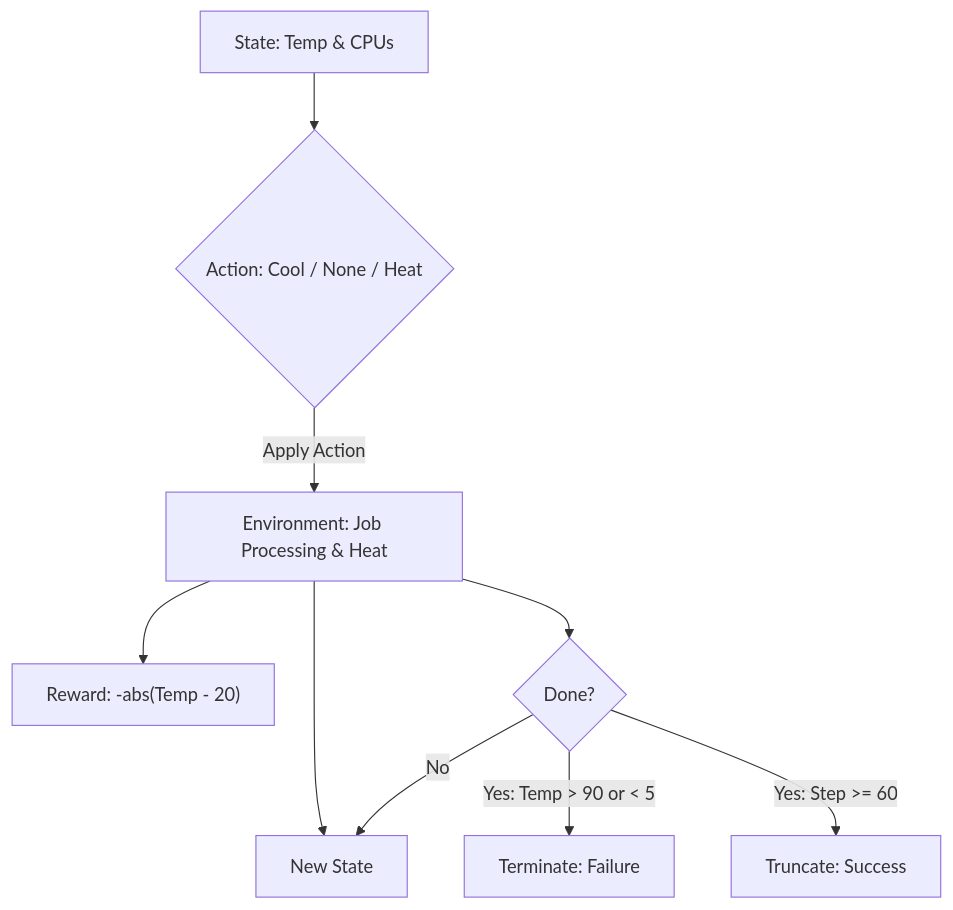
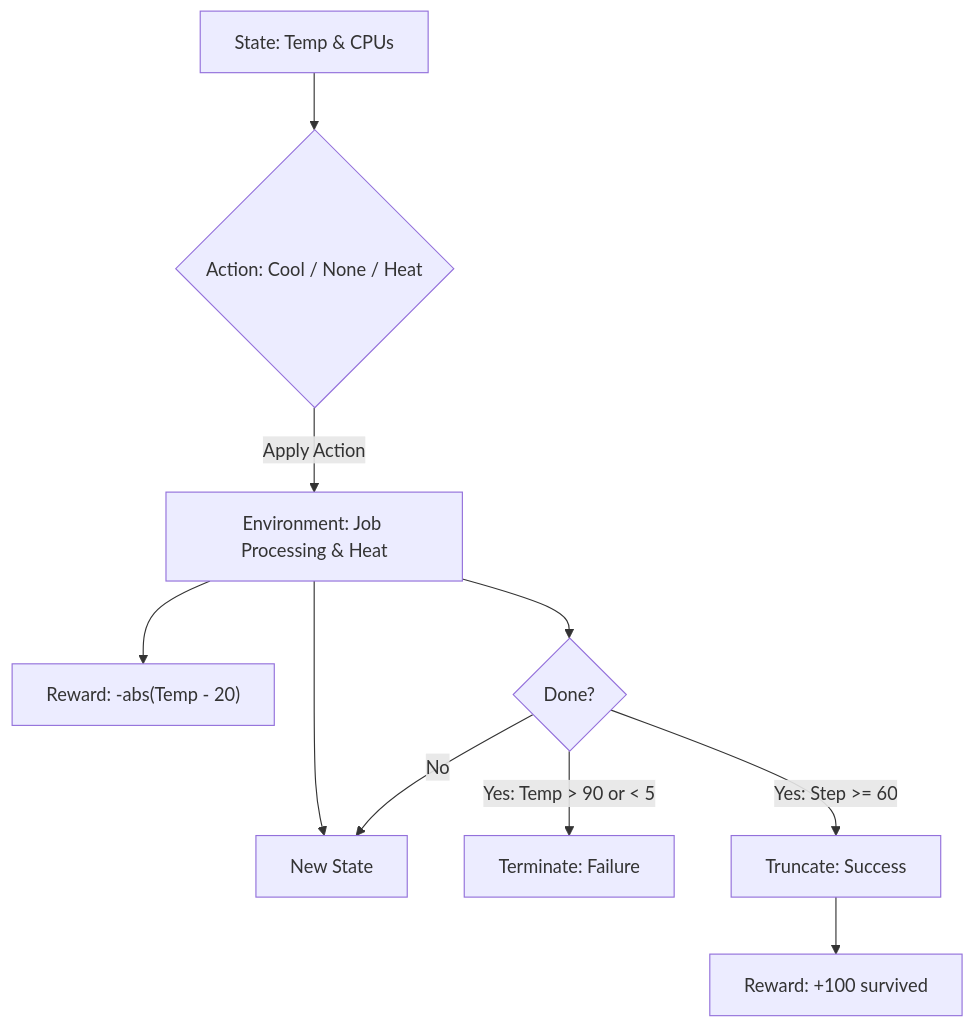
Before and after one commit to kaimibk/Software-Dev-Bootcamp: the second of 2 diagrams in docs/reinforcement-learning/2.md, drawn with Mermaid. The commit also changed other lines of this file, not shown here.

````diff
--- a/docs/reinforcement-learning/2.md
+++ b/docs/reinforcement-learning/2.md
@@ -79,11 +79,12 @@
 ```mermaid
 flowchart TD
     S[State: Temp & CPUs] --> A{Action: Cool / None / Heat}
     A --> |Apply Action| E[Environment: Job Processing & Heat]
     E --> R["Reward: -abs(Temp - 20)"]
     E --> S2[New State]
     E --> D{Done?}
     D --> |Yes: Temp > 90 or < 5| F[Terminate: Failure]
     D --> |Yes: Step >= 60| T[Truncate: Success]
+    T --> R2["Reward: +100 survived"]
     D --> |No| S2
 ```
````
